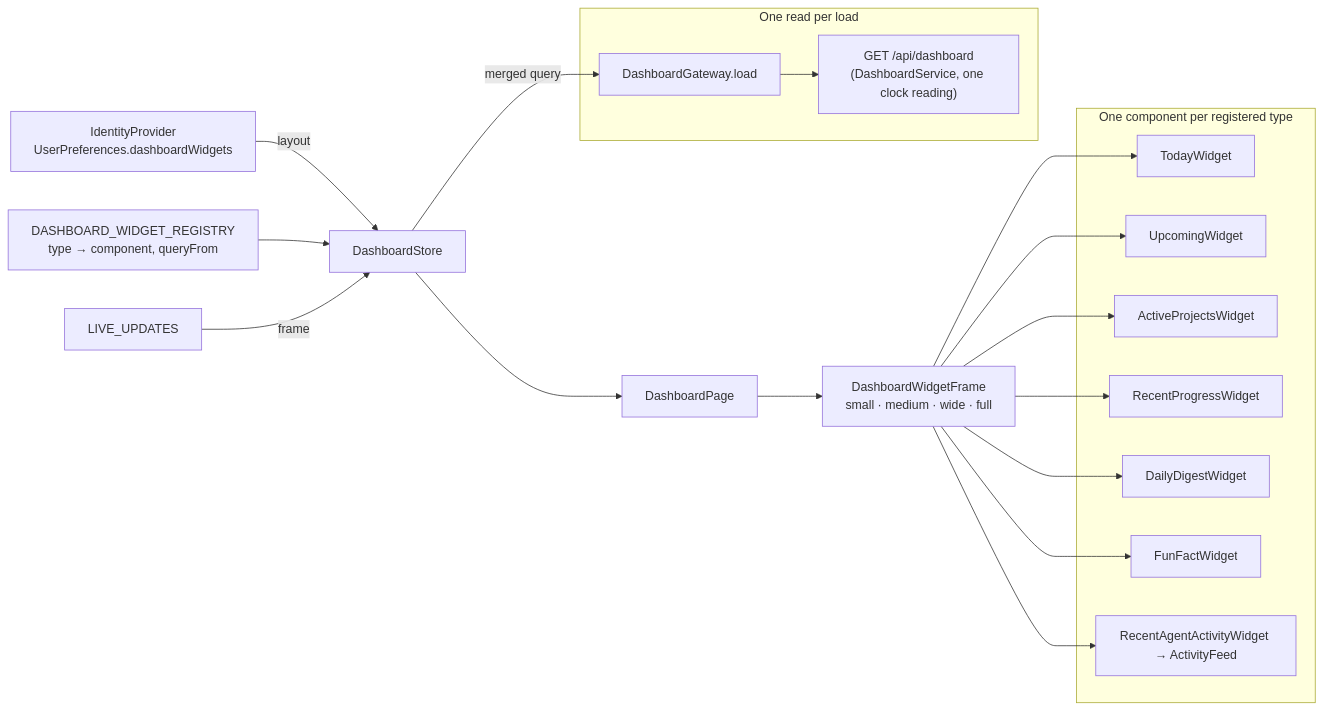
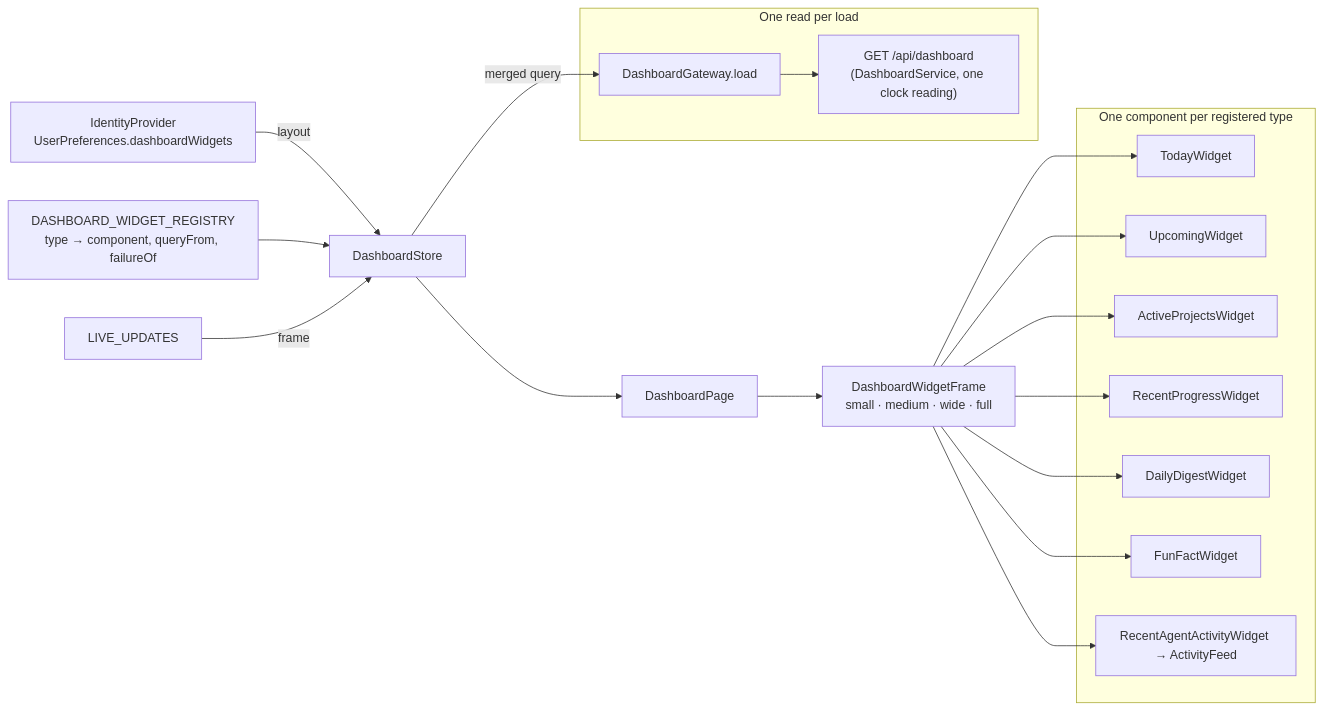
Before and after one commit to CalciteDragon/Canvas-work-manager-prototype: the diagram in docs/architecture/web/dashboard/what.md, drawn with Mermaid. The commit also changed other lines of this file and 24 other files, not shown here.

First line of the commit message:
feat(slice 78): Home says one failure with Try again; a failed digest fails only its widget (§19, §24, §43)

````diff
--- a/docs/architecture/web/dashboard/what.md
+++ b/docs/architecture/web/dashboard/what.md
@@ -5,28 +5,28 @@
 ```mermaid
 flowchart LR
   id["IdentityProvider<br/>UserPreferences.dashboardWidgets"] -->|layout| store["DashboardStore"]
-  reg["DASHBOARD_WIDGET_REGISTRY<br/>type → component, queryFrom"] --> store
+  reg["DASHBOARD_WIDGET_REGISTRY<br/>type → component, queryFrom, failureOf"] --> store
   live["LIVE_UPDATES"] -->|frame| store
   store --> page["DashboardPage"]
   page --> frame["DashboardWidgetFrame<br/>small · medium · wide · full"]
   subgraph widgets["One component per registered type"]
     w1["TodayWidget"]
     w2["UpcomingWidget"]
     w3["ActiveProjectsWidget"]
     w4["RecentProgressWidget"]
     w5["DailyDigestWidget"]
     w6["FunFactWidget"]
     w7["RecentAgentActivityWidget → ActivityFeed"]
   end
   frame --> w1
   frame --> w2
   frame --> w3
   frame --> w4
   frame --> w5
   frame --> w6
   frame --> w7
   subgraph read["One read per load"]
     gw["DashboardGateway.load"] --> host["GET /api/dashboard<br/>(DashboardService, one clock reading)"]
   end
   store -->|merged query| gw
 ```
````
